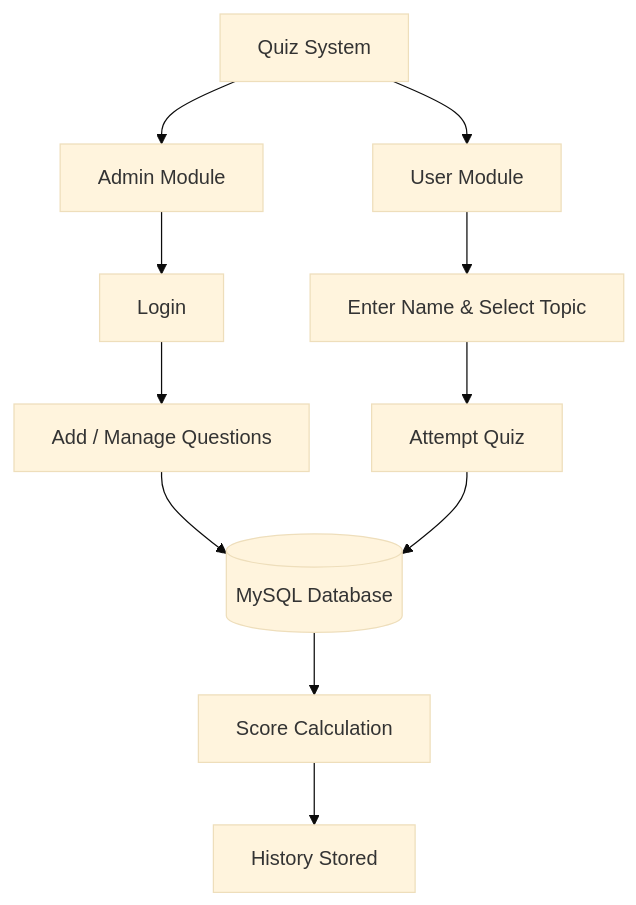
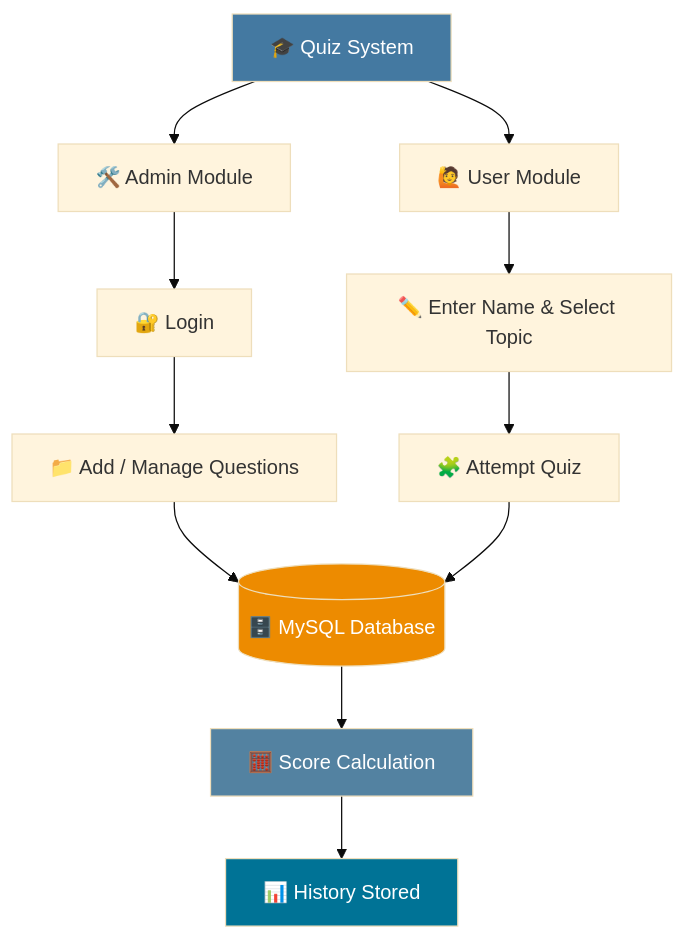
One commit to Majid-Ali01/quiz-management-system changed the diagram in README.md. Above: the diagram before and after it, drawn with Mermaid (base theme). The commit also changed other lines of this file, not shown here.

````diff
--- a/README.md
+++ b/README.md
@@ -109,17 +123,22 @@
 ```mermaid
 flowchart TD
-    A[Quiz System] --> B[Admin Module]
-    A --> C[User Module]
+    A[🎓 Quiz System] --> B[🛠️ Admin Module]
+    A --> C[🙋 User Module]
 
-    B --> B1[Login]
-    B1 --> B2[Add / Manage Questions]
+    B --> B1[🔐 Login]
+    B1 --> B2[📁 Add / Manage Questions]
 
-    C --> C1[Enter Name & Select Topic]
-    C1 --> C2[Attempt Quiz]
+    C --> C1[✏️ Enter Name & Select Topic]
+    C1 --> C2[🧩 Attempt Quiz]
 
-    B2 --> D[(MySQL Database)]
+    B2 --> D[(🗄️ MySQL Database)]
     C2 --> D
 
-    D --> E[Score Calculation]
-    E --> F[History Stored]
+    D --> E[🧮 Score Calculation]
+    E --> F[📊 History Stored]
+
+    style A fill:#4479A1,color:#fff
+    style D fill:#ED8B00,color:#fff
+    style E fill:#5382A1,color:#fff
+    style F fill:#007396,color:#fff
 ```
````
